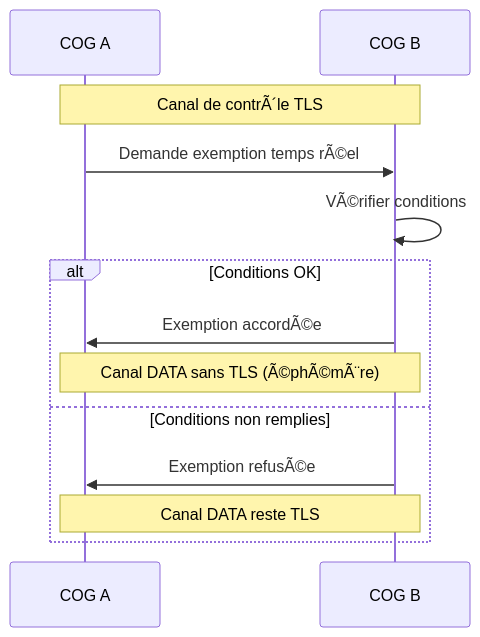
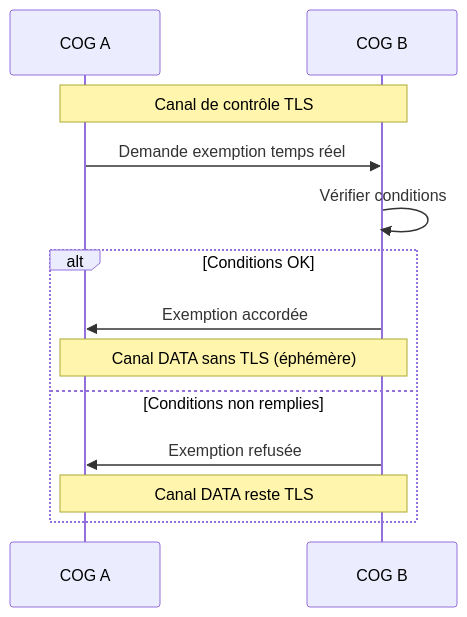
Before and after one commit to StudioMiyukini/miyukini_cog: the first of 3 diagrams in docs/miyukini-webway-system/securite/MWS - Chiffrement et TLS.md, drawn with Mermaid. The commit also changed other lines of this file and 564 other files, not shown here.

````diff
--- a/docs/miyukini-webway-system/securite/MWS - Chiffrement et TLS.md
+++ b/docs/miyukini-webway-system/securite/MWS - Chiffrement et TLS.md
@@ -169,16 +169,16 @@
 ```mermaid
 sequenceDiagram
     participant A as COG A
     participant B as COG B
 
-    Note over A,B: Canal de contrÃ´le TLS
-    A->>B: Demande exemption temps rÃ©el
-    B->>B: VÃ©rifier conditions
+    Note over A,B: Canal de contrôle TLS
+    A->>B: Demande exemption temps réel
+    B->>B: Vérifier conditions
     alt Conditions OK
-        B->>A: Exemption accordÃ©e
-        Note over A,B: Canal DATA sans TLS (Ã©phÃ©mÃ¨re)
+        B->>A: Exemption accordée
+        Note over A,B: Canal DATA sans TLS (éphémère)
     else Conditions non remplies
-        B->>A: Exemption refusÃ©e
+        B->>A: Exemption refusée
         Note over A,B: Canal DATA reste TLS
     end
 ```
````
